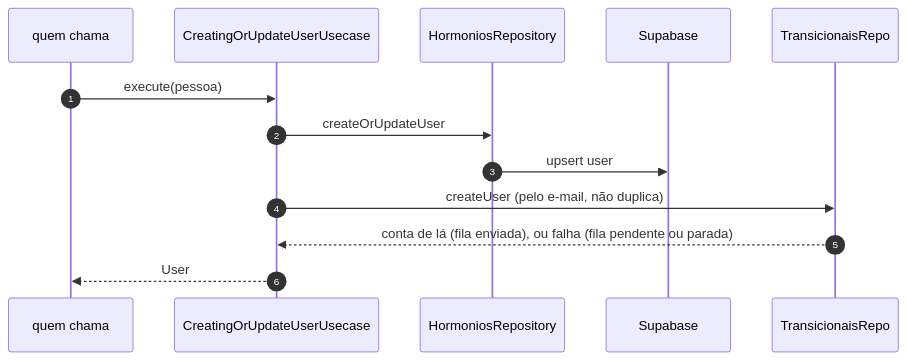
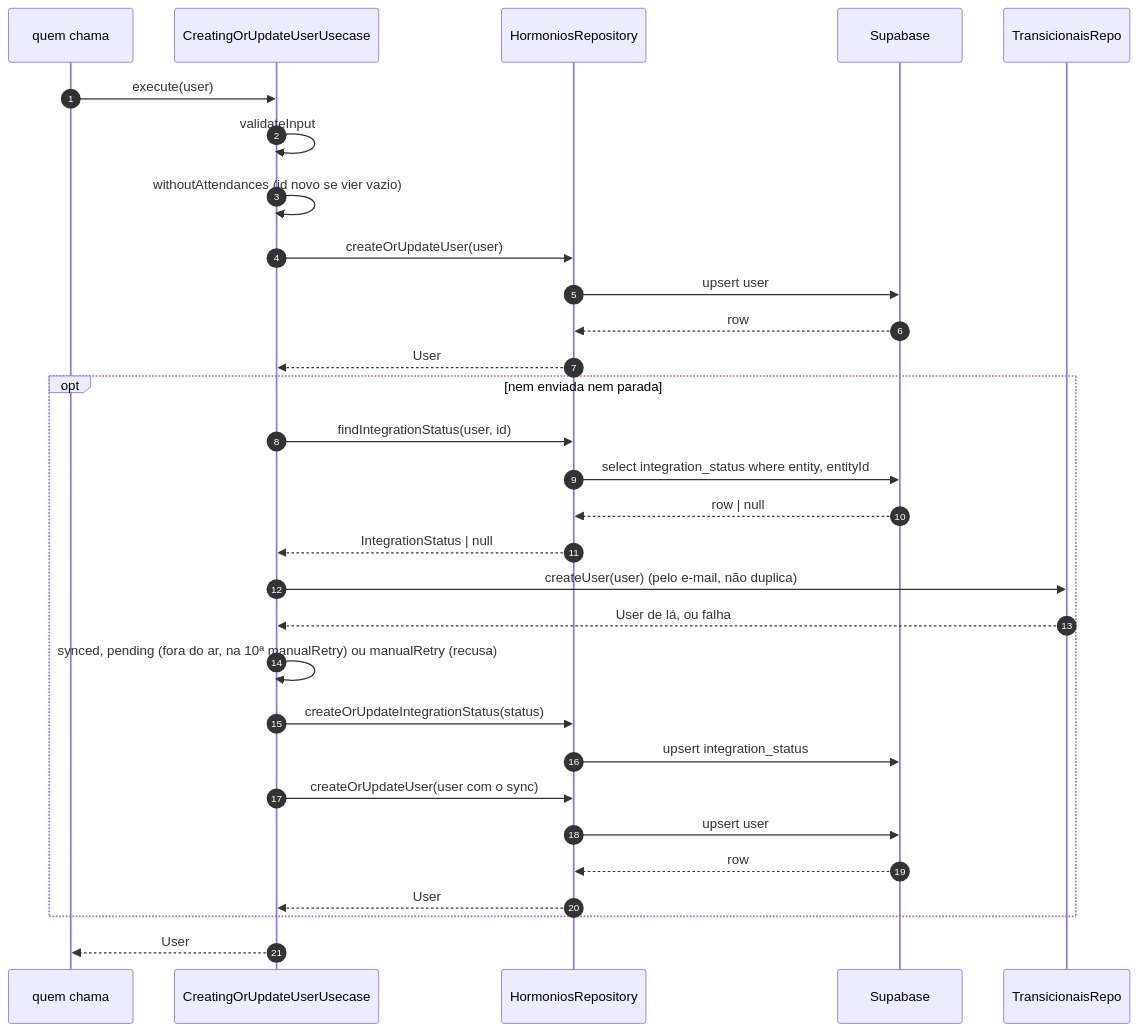
The second of 5 diagrams in docs/usecases/reservas.md (brubriele/hormonios-garoa), drawn with Mermaid before and after one commit. The commit also changed other lines of this file and 4 other files, not shown here.

First line of the commit message:
docs: diagramas de sequência dos usecases no formato da skill sequence-diagram

````diff
--- a/docs/usecases/reservas.md
+++ b/docs/usecases/reservas.md
@@ -59,16 +65,33 @@
 ```mermaid
 sequenceDiagram
     autonumber
     participant CR as quem chama
     participant UC as CreatingOrUpdateUserUsecase
     participant HR as HormoniosRepository
     participant DB as Supabase
     participant TR as TransicionaisRepo
 
-    CR->>UC: execute(pessoa)
-    UC->>HR: createOrUpdateUser
+    CR->>UC: execute(user)
+    UC->>UC: validateInput
+    UC->>UC: withoutAttendances (id novo se vier vazio)
+    UC->>HR: createOrUpdateUser(user)
     HR->>DB: upsert user
-    UC->>TR: createUser (pelo e-mail, não duplica)
-    TR-->>UC: conta de lá (fila enviada), ou falha (fila pendente ou parada)
+    DB-->>HR: row
+    HR-->>UC: User
+    opt nem enviada nem parada
+        UC->>HR: findIntegrationStatus(user, id)
+        HR->>DB: select integration_status where entity, entityId
+        DB-->>HR: row | null
+        HR-->>UC: IntegrationStatus | null
+        UC->>TR: createUser(user) (pelo e-mail, não duplica)
+        TR-->>UC: User de lá, ou falha
+        UC->>UC: synced, pending (fora do ar, na 10ª manualRetry) ou manualRetry (recusa)
+        UC->>HR: createOrUpdateIntegrationStatus(status)
+        HR->>DB: upsert integration_status
+        UC->>HR: createOrUpdateUser(user com o sync)
+        HR->>DB: upsert user
+        DB-->>HR: row
+        HR-->>UC: User
+    end
     UC-->>CR: User
 ```
````
